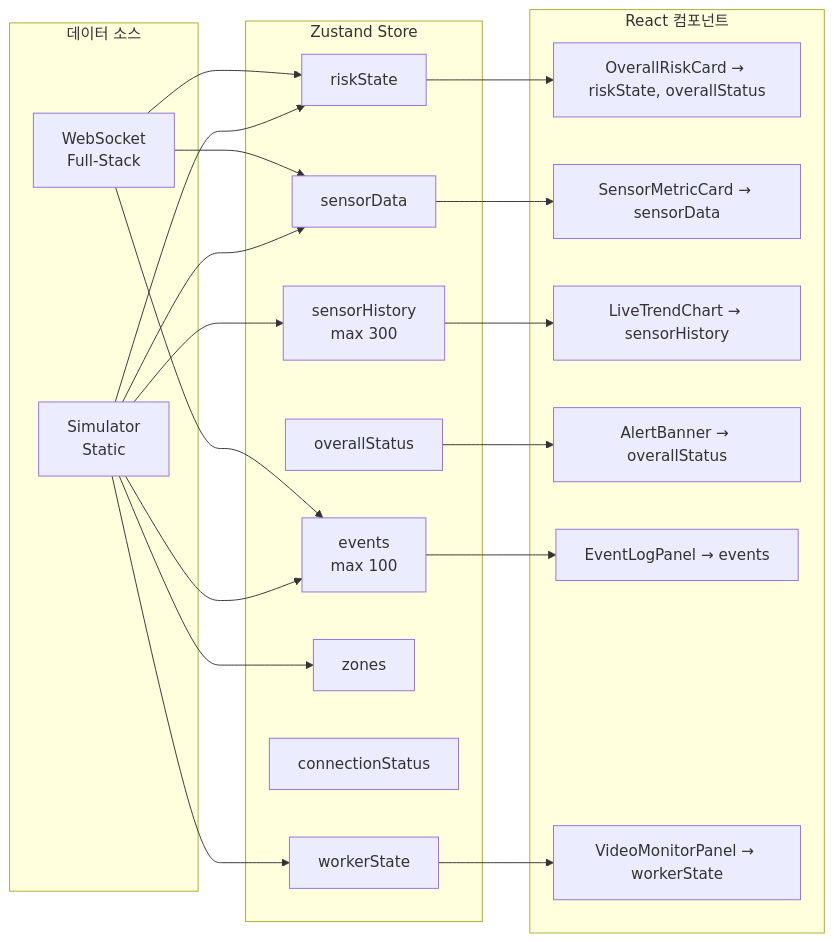
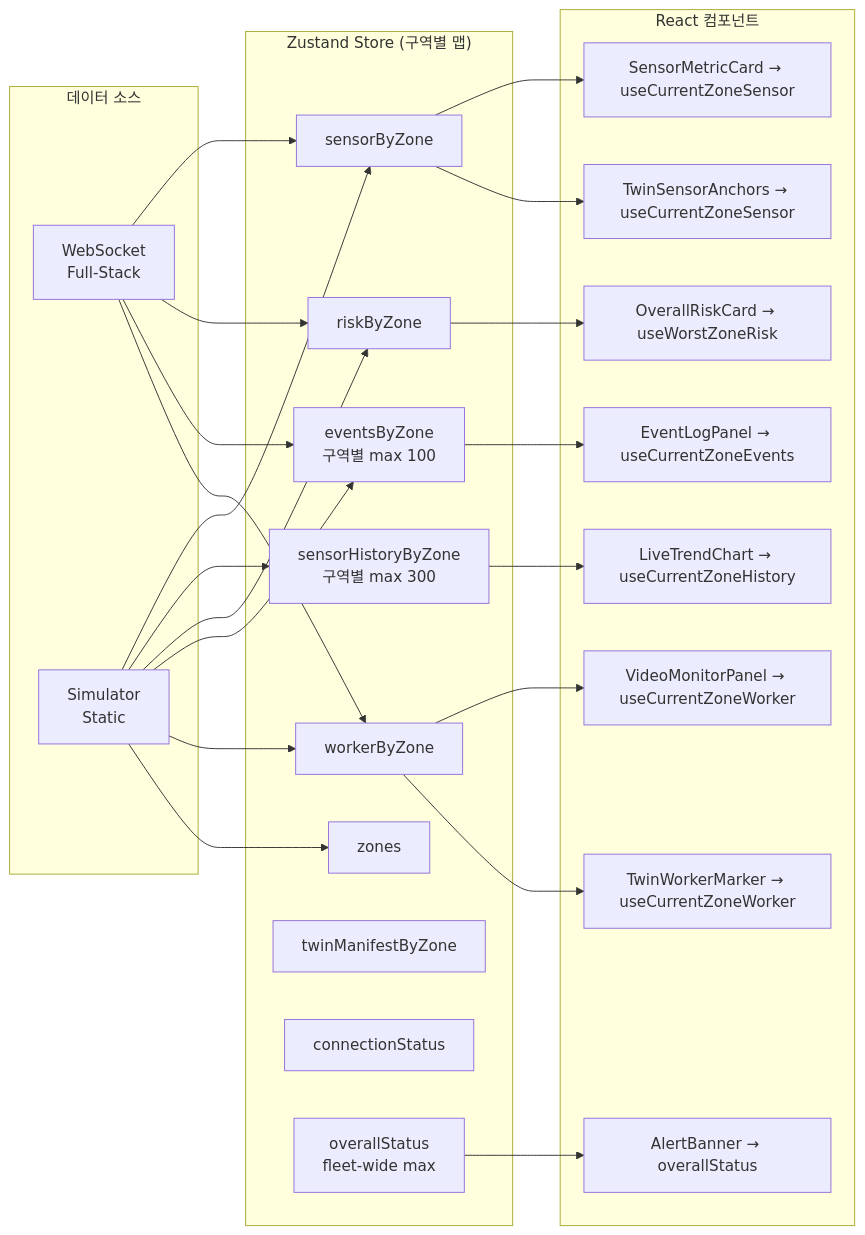
The eighth of 9 diagrams in docs/architecture.md (yeongseon/safespace), drawn with Mermaid before and after one commit. The commit also changed other lines of this file and 51 other files, not shown here.

First line of the commit message:
feat: zone-aware digital twin with Spark 2.0 integration

````diff
--- a/docs/architecture.md
+++ b/docs/architecture.md
@@ -256,44 +279,50 @@
 ```mermaid
 graph LR
     subgraph Sources["데이터 소스"]
         WS[WebSocket<br/>Full-Stack]
         SIM[Simulator<br/>Static]
     end
 
-    subgraph Store["Zustand Store"]
-        SD[sensorData]
-        SH[sensorHistory<br/>max 300]
-        RS[riskState]
-        EV[events<br/>max 100]
-        WK[workerState]
+    subgraph Store["Zustand Store (구역별 맵)"]
+        SBZ[sensorByZone]
+        SHZ[sensorHistoryByZone<br/>구역별 max 300]
+        RBZ[riskByZone]
+        EBZ[eventsByZone<br/>구역별 max 100]
+        WBZ[workerByZone]
         ZN[zones]
+        TMZ[twinManifestByZone]
         CS[connectionStatus]
-        OS[overallStatus]
+        OS[overallStatus<br/>fleet-wide max]
     end
 
     subgraph Consumers["React 컴포넌트"]
-        C1[OverallRiskCard → riskState, overallStatus]
-        C2[SensorMetricCard → sensorData]
-        C3[LiveTrendChart → sensorHistory]
+        C1[OverallRiskCard → useWorstZoneRisk]
+        C2[SensorMetricCard → useCurrentZoneSensor]
+        C3[LiveTrendChart → useCurrentZoneHistory]
         C4[AlertBanner → overallStatus]
-        C5[EventLogPanel → events]
-        C6[VideoMonitorPanel → workerState]
+        C5[EventLogPanel → useCurrentZoneEvents]
+        C6[VideoMonitorPanel → useCurrentZoneWorker]
+        C7[TwinSensorAnchors → useCurrentZoneSensor]
+        C8[TwinWorkerMarker → useCurrentZoneWorker]
     end
 
-    WS --> SD
-    WS --> RS
-    WS --> EV
-    SIM --> SD
-    SIM --> SH
-    SIM --> RS
-    SIM --> EV
-    SIM --> WK
+    WS --> SBZ
+    WS --> RBZ
+    WS --> EBZ
+    WS --> WBZ
+    SIM --> SBZ
+    SIM --> SHZ
+    SIM --> RBZ
+    SIM --> EBZ
+    SIM --> WBZ
     SIM --> ZN
 
-    SD --> C2
-    SH --> C3
-    RS --> C1
+    SBZ --> C2
+    SBZ --> C7
+    SHZ --> C3
+    RBZ --> C1
     OS --> C4
-    EV --> C5
-    WK --> C6
+    EBZ --> C5
+    WBZ --> C6
+    WBZ --> C8
 ```
````
